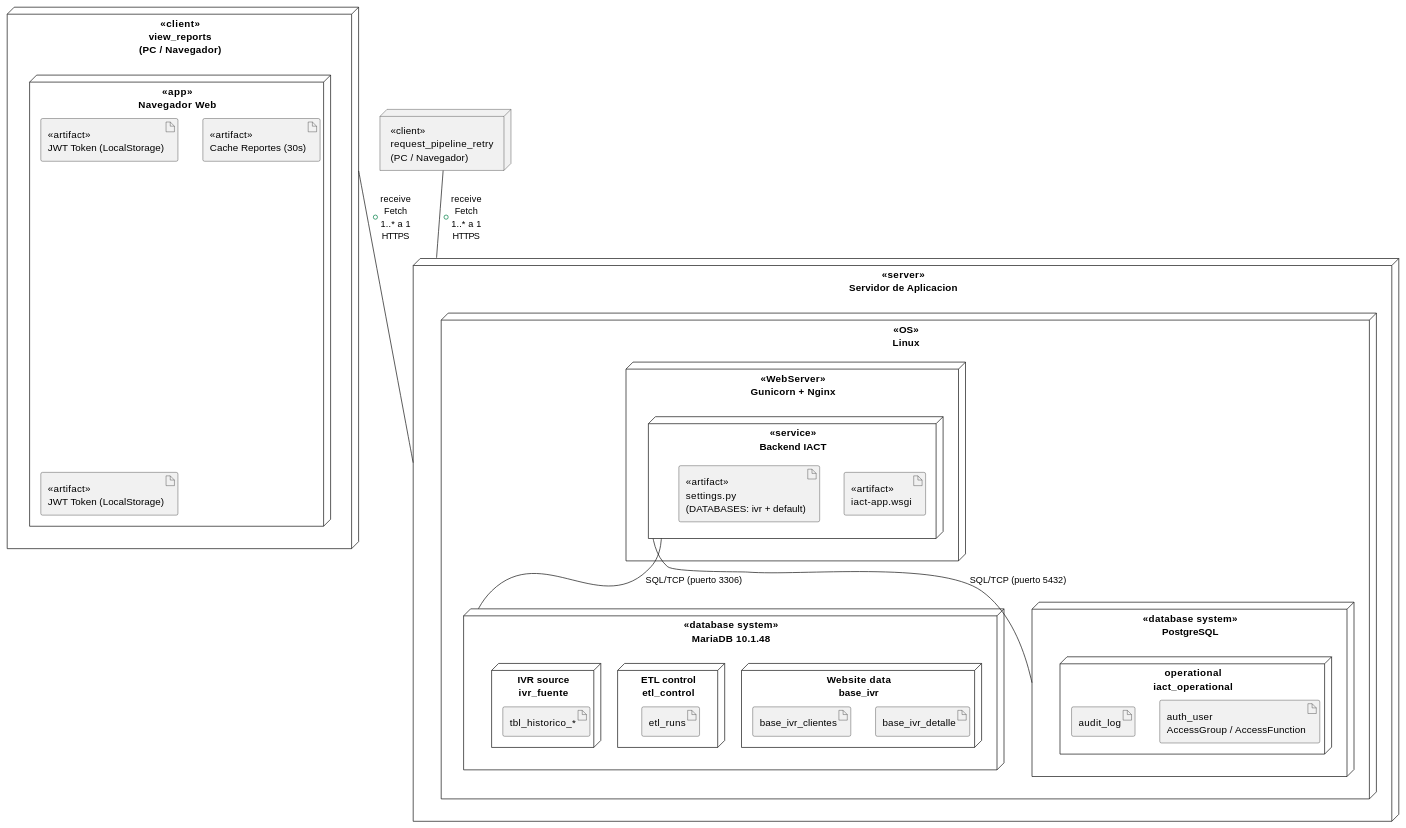
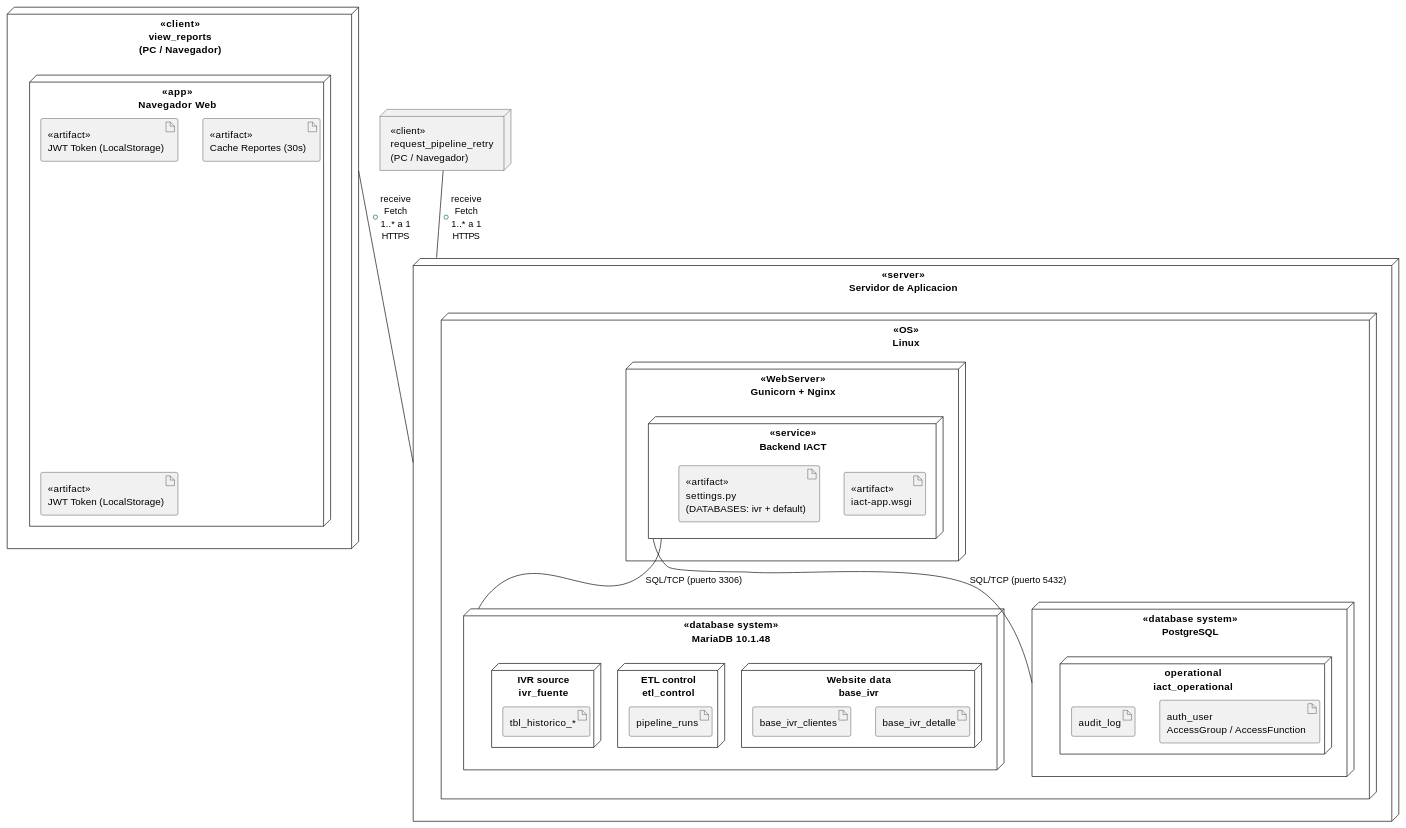
One commit to jcg-admin/IACT-docs changed the diagram in source/arquitectura-tecnica/system-view/despliegue-sistema-iact.rst. Above: the diagram before and after it, drawn with PlantUML. The commit also changed 96 other files, not shown here.

First line of the commit message:
Apply CNST-033: rename ETL→Pipeline in domain-model + sweep refs

```diff
--- a/source/arquitectura-tecnica/system-view/despliegue-sistema-iact.rst
+++ b/source/arquitectura-tecnica/system-view/despliegue-sistema-iact.rst
@@ -29,53 +29,53 @@
 .. uml::
  :caption: Figura 12 — Diagrama de despliegue del Sistema IACT
 
  @startuml
 
  node "<<server>>\nServidor de Aplicacion" as NODO_SERVIDOR_APLICACION {
    node "<<OS>>\nLinux" as OS_LINUX {
      node "<<WebServer>>\nGunicorn + Nginx" as WEB_SERVER {
        node "<<service>>\nBackend IACT" as IACT_SVC {
          artifact "<<artifact>>\niact-app.wsgi" as ARTEFACTO_IACT_WSGI
          artifact "<<artifact>>\nsettings.py\n(DATABASES: ivr + default)" as ART_SETTINGS
        }
      }
      node "<<database system>>\nMariaDB 10.1.48" as NODO_MARIADB {
        node "Website data\nbase_ivr" as SCHEMA_WEBSITE {
          artifact "base_ivr_detalle" as BASE_DATOS_DETALLE
          artifact "base_ivr_clientes" as BASE_DATOS_CLIENTES
        }
        node "ETL control\netl_control" as SCHEMA_ETL_CONTROL {
-         artifact "etl_runs" as BASE_DATOS_ETL_RUNS
+         artifact "pipeline_runs" as BASE_DATOS_ETL_RUNS
        }
        node "IVR source\nivr_fuente" as SCHEMA_IVR_FUENTE {
          artifact "tbl_historico_*" as BASE_DATOS_HISTORICO
        }
      }
      node "<<database system>>\nPostgreSQL" as NODO_POSTGRESQL {
        node "operational\niact_operational" as SCHEMA_IACT_OPERATIONAL {
          artifact "auth_user\nAccessGroup / AccessFunction" as BASE_DATOS_USUARIOS
          artifact "audit_log" as BASE_DATOS_AUDIT
        }
      }
    }
  }
 
  node "<<client>>\nview_reports\n(PC / Navegador)" as NODO_CLIENTE_REPORTES {
    node "<<app>>\nNavegador Web" as NAVEGADOR_WEB {
      artifact "<<artifact>>\nJWT Token (LocalStorage)" as ARTEFACTO_JWT_REPORTES
      artifact "<<artifact>>\nCache Reportes (30s)" as ARTEFACTO_CACHE_REPORTES
    }
  }
 
  node "<<client>>\nrequest_pipeline_retry\n(PC / Navegador)" as NODO_CLIENTE_PIPELINE {
    node "<<app>>\nNavegador Web" as NAVEGADOR_WEB {
      artifact "<<artifact>>\nJWT Token (LocalStorage)" as ARTEFACTO_JWT_PIPELINE
    }
  }
 
  NODO_CLIENTE_REPORTES -- NODO_SERVIDOR_APLICACION : +receive\nFetch\n1..* a 1\nHTTPS
  NODO_CLIENTE_PIPELINE -- NODO_SERVIDOR_APLICACION : +receive\nFetch\n1..* a 1\nHTTPS
  IACT_SVC -- NODO_MARIADB : SQL/TCP (puerto 3306)
  IACT_SVC -- NODO_POSTGRESQL : SQL/TCP (puerto 5432)
 
  @enduml
```
